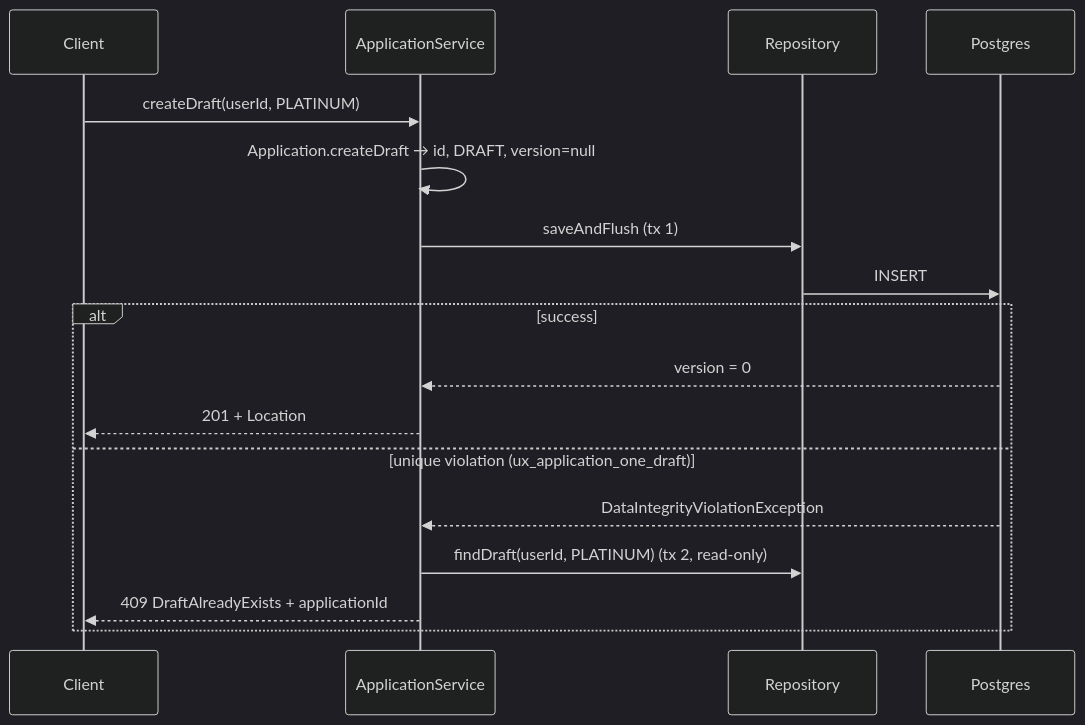
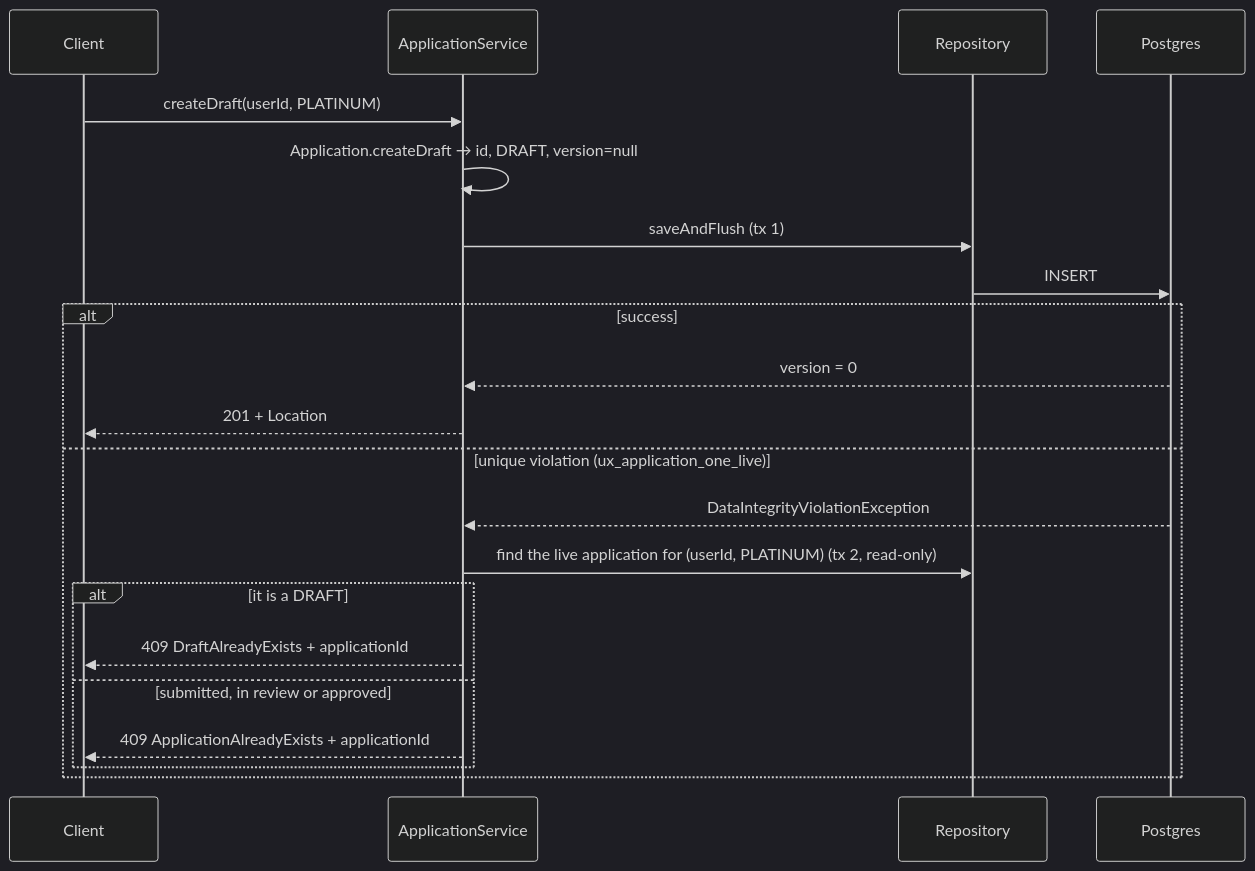
The third of 4 diagrams in docs/fr1-draft-application.md (mettyoung/credit-card-system), drawn with Mermaid (dark theme) before and after one commit. The commit also changed other lines of this file and 16 other files, not shown here.

First line of the commit message:
fix(fr1): FR1.5 patch - one live application per user per card product

````diff
--- a/docs/fr1-draft-application.md
+++ b/docs/fr1-draft-application.md
@@ -200,20 +212,24 @@
 ```mermaid
 sequenceDiagram
   participant C as Client
   participant S as ApplicationService
   participant R as Repository
   participant DB as Postgres
 
   C->>S: createDraft(userId, PLATINUM)
   S->>S: Application.createDraft → id, DRAFT, version=null
   S->>R: saveAndFlush (tx 1)
   R->>DB: INSERT
   alt success
     DB-->>S: version = 0
     S-->>C: 201 + Location
-  else unique violation (ux_application_one_draft)
+  else unique violation (ux_application_one_live)
     DB-->>S: DataIntegrityViolationException
-    S->>R: findDraft(userId, PLATINUM) (tx 2, read-only)
-    S-->>C: 409 DraftAlreadyExists + applicationId
+    S->>R: find the live application for (userId, PLATINUM) (tx 2, read-only)
+    alt it is a DRAFT
+      S-->>C: 409 DraftAlreadyExists + applicationId
+    else submitted, in review or approved
+      S-->>C: 409 ApplicationAlreadyExists + applicationId
+    end
   end
 ```
````
